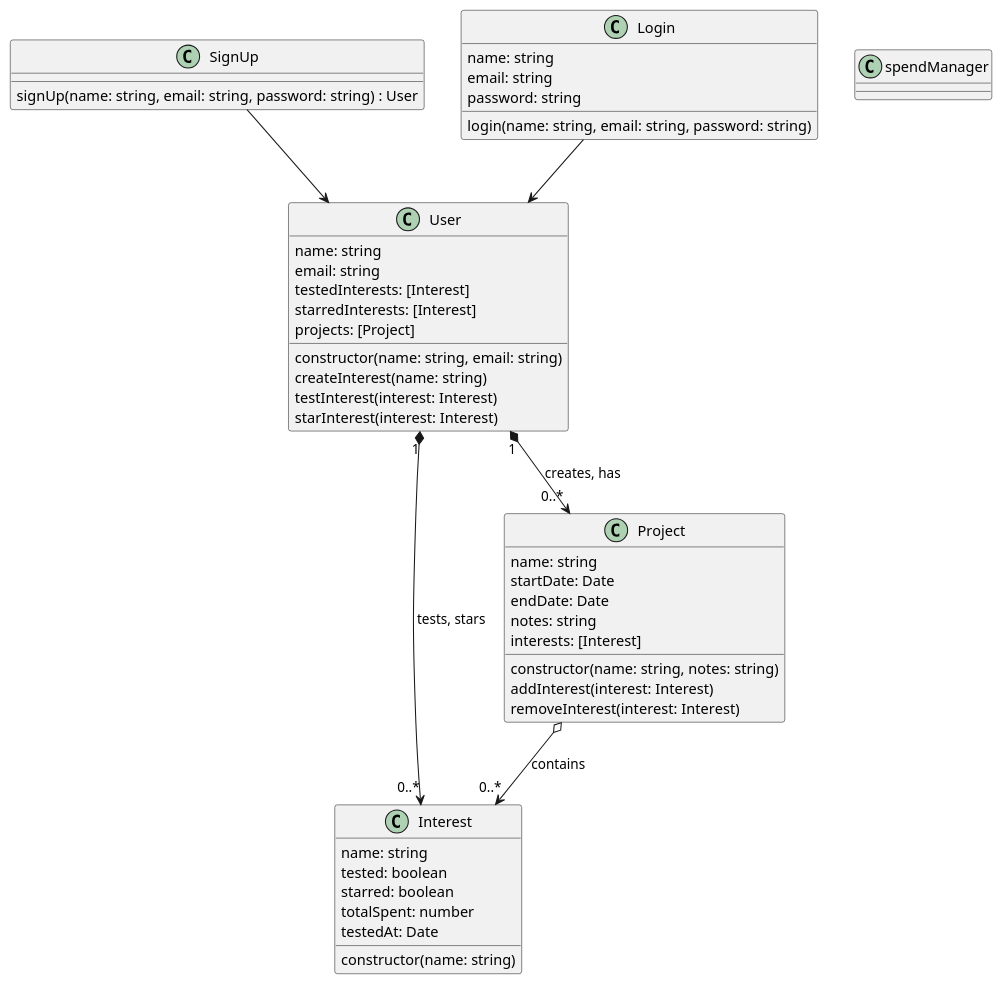
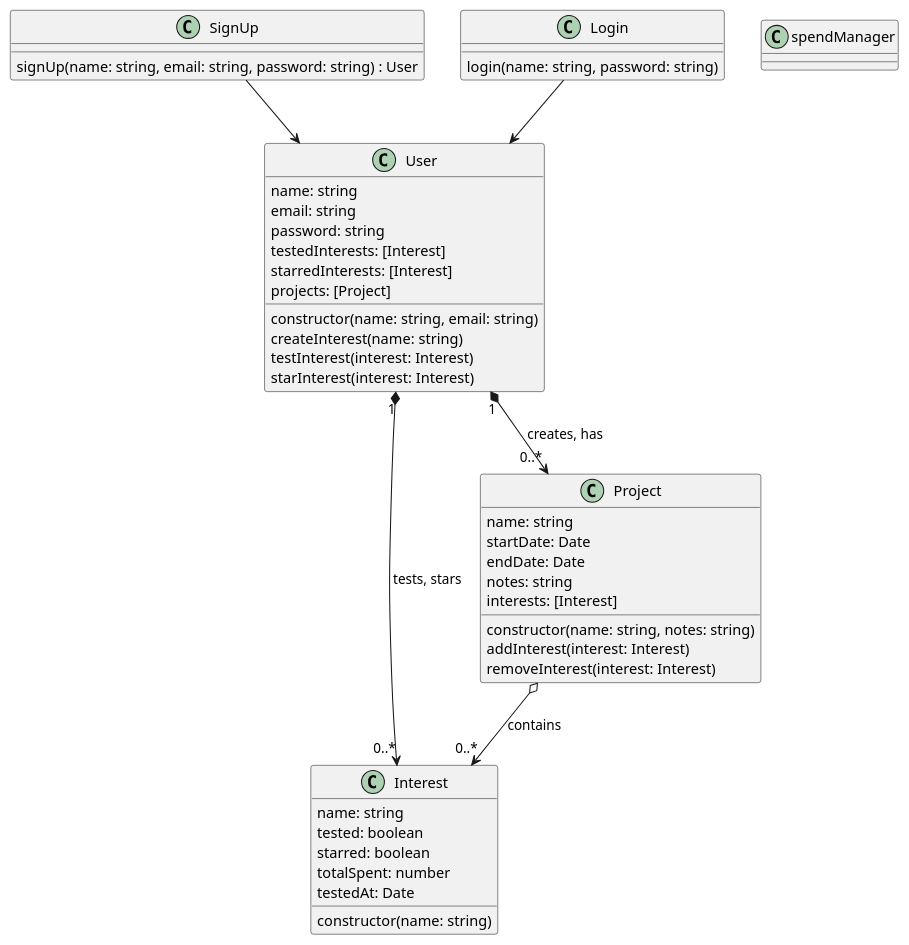
One commit to HauWv/interest-finder changed the diagram in architecture/class.puml. Above: the diagram before and after it, drawn with PlantUML.

Commit message:
Remove unecessary fields from Login class in UML

```diff
--- a/architecture/class.puml
+++ b/architecture/class.puml
@@ -1,54 +1,52 @@
 @startuml Marketing-Project Class Diagram
 class User {
     name: string
     email: string
+    password: string
     testedInterests: [Interest]
     starredInterests: [Interest]
     projects: [Project]
     constructor(name: string, email: string)
     createInterest(name: string)
     testInterest(interest: Interest)
     starInterest(interest: Interest)
 }
 
 class Interest {
     name: string
     tested: boolean
     starred: boolean
     totalSpent: number
     testedAt: Date
     constructor(name: string)
 }
 
 class Project {
     name: string
     startDate: Date
     endDate: Date
     notes: string
     interests: [Interest]
     constructor(name: string, notes: string)
     addInterest(interest: Interest)
     removeInterest(interest: Interest)
 }
 
 class SignUp {
     signUp(name: string, email: string, password: string) : User
 }
 
 class Login {
-    name: string
-    email: string
-    password: string
-    login(name: string, email: string, password: string)
+    login(name: string, password: string)
 }
 
 class spendManager {}
 
 SignUp --> User
 Login --> User
 
 User "1" *--> "0..*" Interest : tests, stars
 User "1" *--> "0..*" Project : creates, has
 Project o--> "0..*" Interest : contains
 
 @enduml
```
